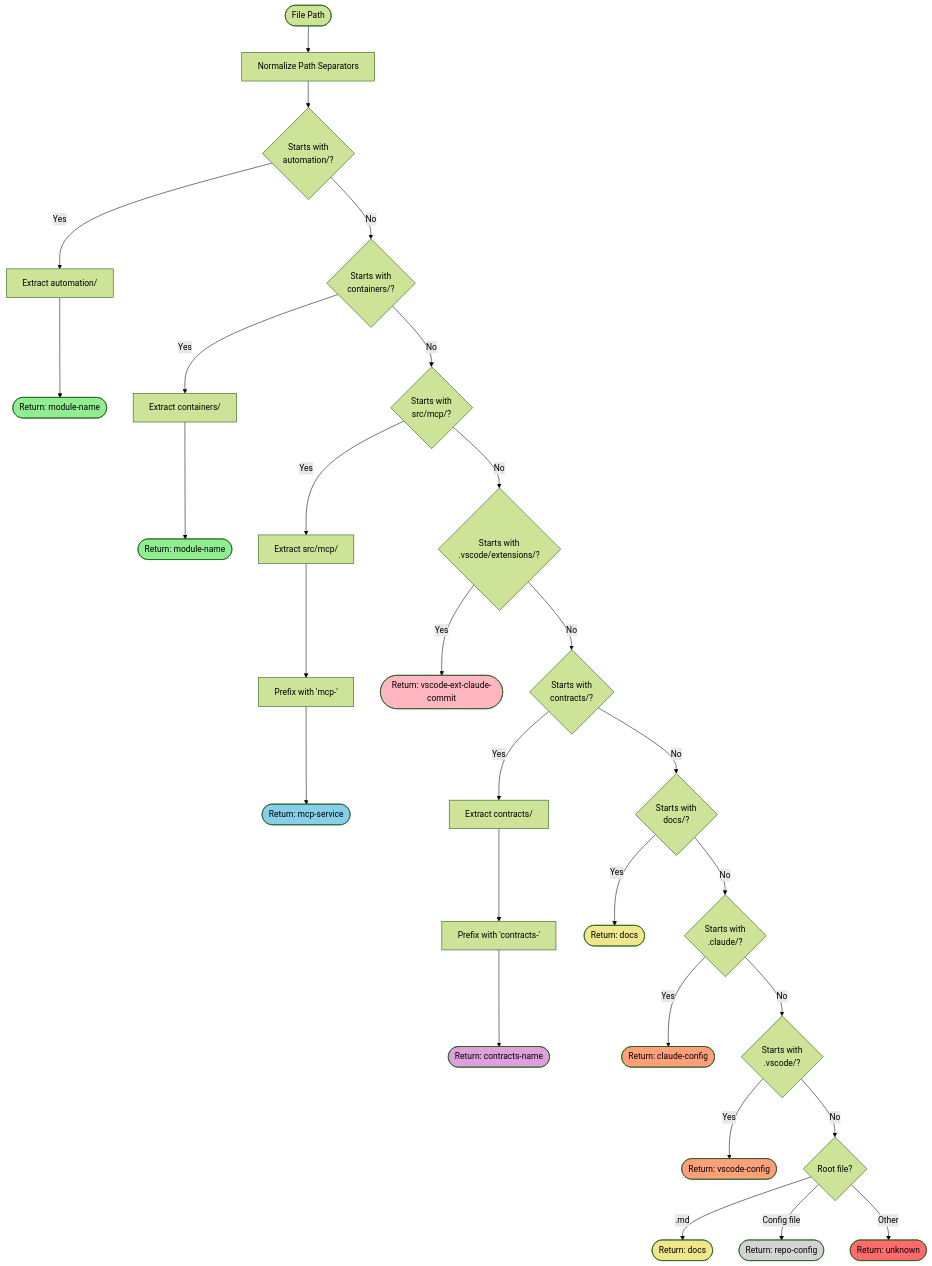
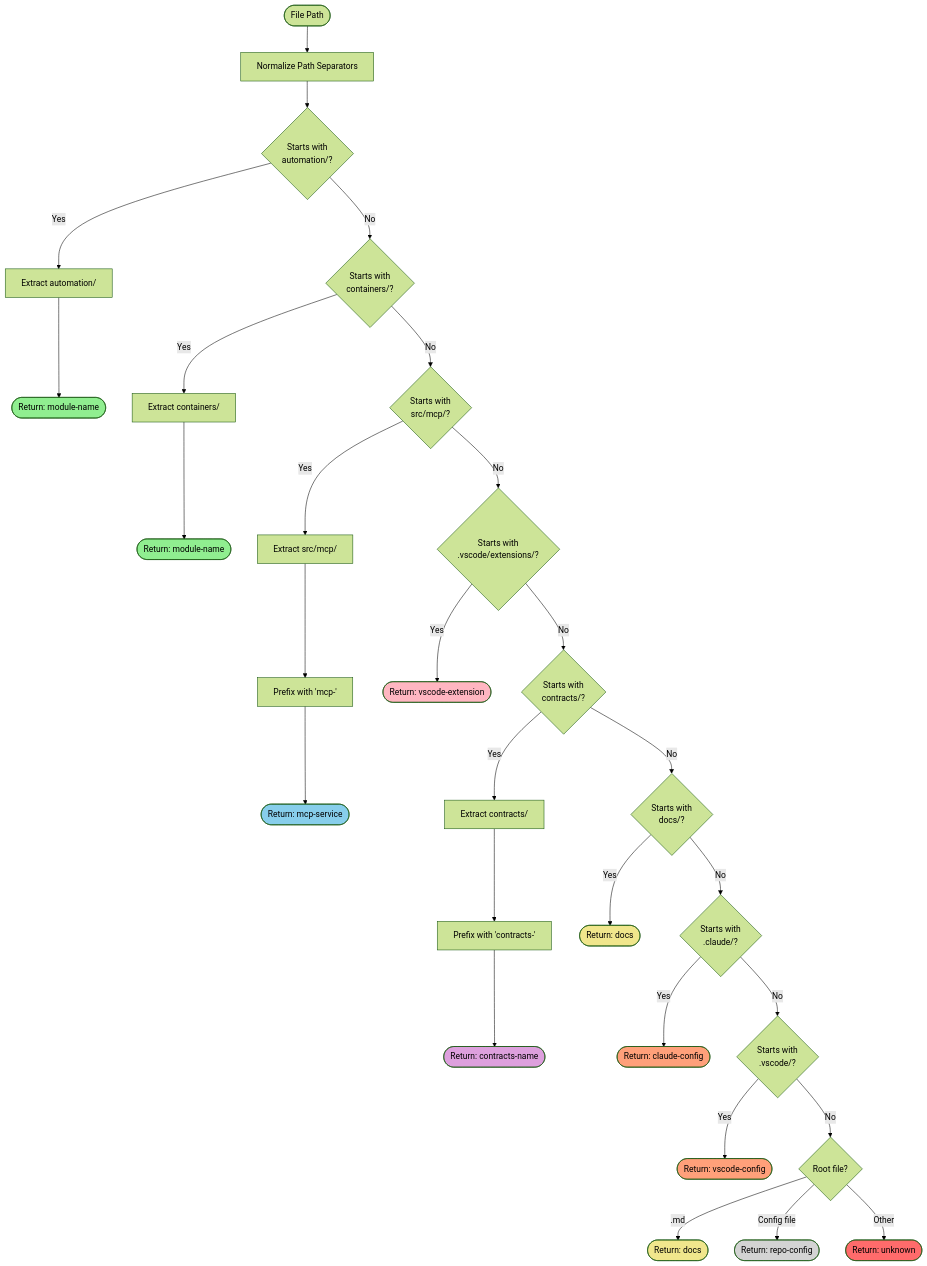
The first of 13 diagrams in docs/guide/module-detection.md (ready-to-release/eac), drawn with Mermaid (forest theme) before and after one commit. The commit also changed other lines of this file and 29 other files, not shown here.

````diff
--- a/docs/guide/module-detection.md
+++ b/docs/guide/module-detection.md
@@ -11,51 +11,51 @@
 ```mermaid
 flowchart TD
     Start([File Path]) --> Normalize[Normalize Path Separators]
     Normalize --> CheckAuto{Starts with<br/>automation/?}
 
     CheckAuto -->|Yes| ExtractAuto[Extract automation/<module-name>]
     ExtractAuto --> ReturnAuto([Return: module-name])
 
     CheckAuto -->|No| CheckContainer{Starts with<br/>containers/?}
     CheckContainer -->|Yes| ExtractContainer[Extract containers/<module-name>]
     ExtractContainer --> ReturnContainer([Return: module-name])
 
     CheckContainer -->|No| CheckMCP{Starts with<br/>src/mcp/?}
     CheckMCP -->|Yes| ExtractMCP[Extract src/mcp/<service>]
     ExtractMCP --> PrefixMCP[Prefix with 'mcp-']
     PrefixMCP --> ReturnMCP([Return: mcp-service])
 
     CheckMCP -->|No| CheckVSCode{Starts with<br/>.vscode/extensions/?}
-    CheckVSCode -->|Yes| ReturnVSCode([Return: vscode-ext-claude-commit])
+    CheckVSCode -->|Yes| ReturnVSCode([Return: vscode-extension])
 
     CheckVSCode -->|No| CheckContracts{Starts with<br/>contracts/?}
     CheckContracts -->|Yes| ExtractContracts[Extract contracts/<name>]
     ExtractContracts --> PrefixContracts[Prefix with 'contracts-']
     PrefixContracts --> ReturnContracts([Return: contracts-name])
 
     CheckContracts -->|No| CheckDocs{Starts with<br/>docs/?}
     CheckDocs -->|Yes| ReturnDocs([Return: docs])
 
     CheckDocs -->|No| CheckClaude{Starts with<br/>.claude/?}
     CheckClaude -->|Yes| ReturnClaude([Return: claude-config])
 
     CheckClaude -->|No| CheckVSConfig{Starts with<br/>.vscode/?}
     CheckVSConfig -->|Yes| ReturnVSConfig([Return: vscode-config])
 
     CheckVSConfig -->|No| CheckRoot{Root file?}
     CheckRoot -->|.md| ReturnRootDocs([Return: docs])
     CheckRoot -->|Config file| ReturnRepoConfig([Return: repo-config])
     CheckRoot -->|Other| ReturnUnknown([Return: unknown])
 
     style ReturnAuto fill:#90EE90
     style ReturnContainer fill:#90EE90
     style ReturnMCP fill:#87CEEB
     style ReturnVSCode fill:#FFB6C1
     style ReturnContracts fill:#DDA0DD
     style ReturnDocs fill:#F0E68C
     style ReturnClaude fill:#FFA07A
     style ReturnVSConfig fill:#FFA07A
     style ReturnRootDocs fill:#F0E68C
     style ReturnRepoConfig fill:#D3D3D3
     style ReturnUnknown fill:#FF6B6B
 ```
````
